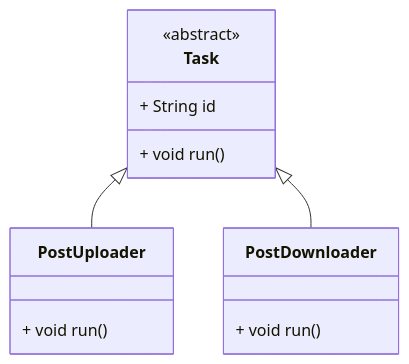
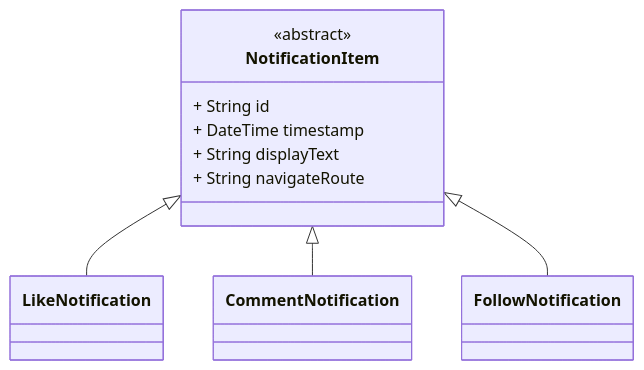
Before and after one commit to ArafatRohan93/dart_intermediate_bootcamp: the diagram in OOP/polymorphism.md, drawn with Mermaid. The commit also changed other lines of this file and 5 other files, not shown here.

````diff
--- a/OOP/polymorphism.md
+++ b/OOP/polymorphism.md
@@ -27,19 +35,18 @@
 ```mermaid
 classDiagram
-    class Task {
+    class NotificationItem {
         <<abstract>>
         + String id
-        + void run()
+        + DateTime timestamp
+        + String displayText
+        + String navigateRoute
     }
 
-    class PostUploader {
-        + void run()
-    }
+    class LikeNotification
+    class CommentNotification
+    class FollowNotification
 
-    class PostDownloader {
-        + void run()
-    }
-
-    Task <|-- PostUploader
-    Task <|-- PostDownloader
+    NotificationItem <|-- LikeNotification
+    NotificationItem <|-- CommentNotification
+    NotificationItem <|-- FollowNotification
 ```
````
